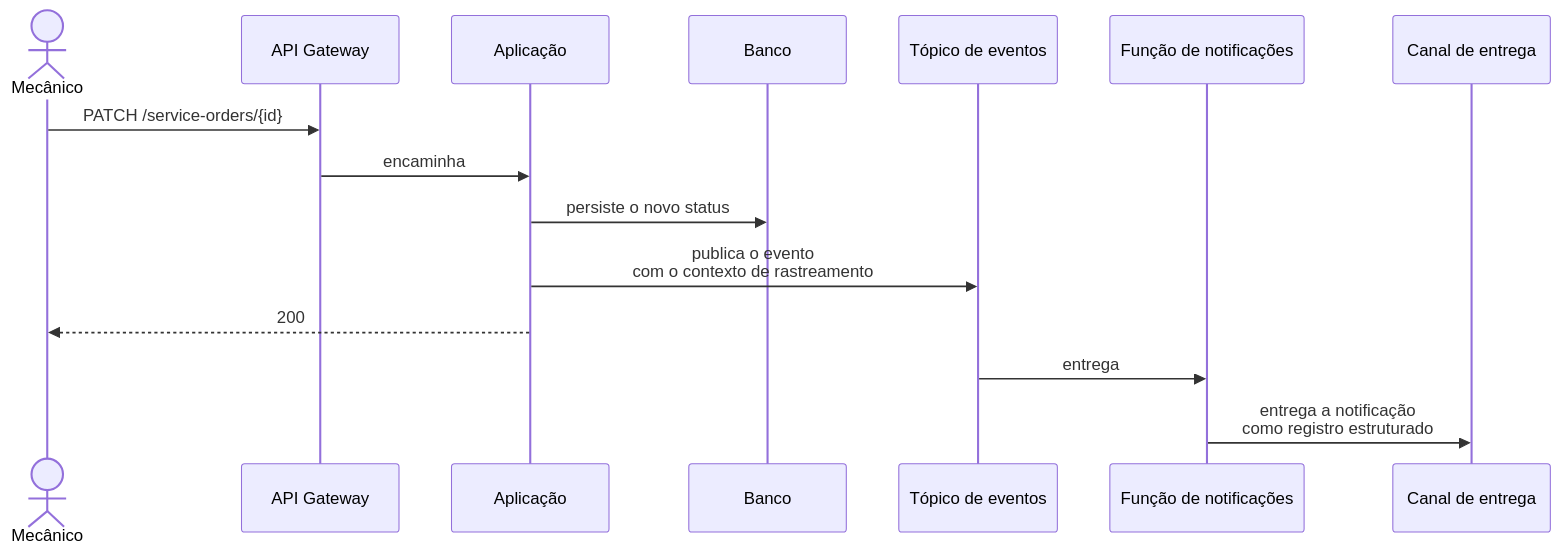
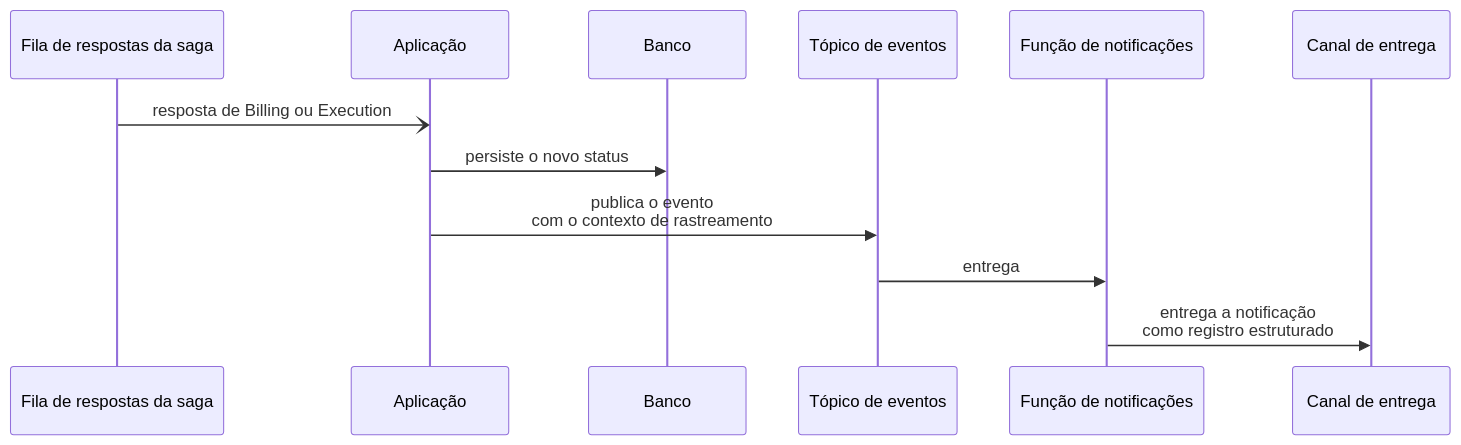
The second of 2 diagrams in docs/architecture/sequence-service-order.md (diandria/fiap-tech-challenge), drawn with Mermaid before and after one commit. The commit also changed other lines of this file and 1 other file, not shown here.

Commit message:
docs: describe status changes driven by the saga

````diff
--- a/docs/architecture/sequence-service-order.md
+++ b/docs/architecture/sequence-service-order.md
@@ -32,18 +36,15 @@
 ```mermaid
 sequenceDiagram
-    actor M as Mecânico
-    participant G as API Gateway
+    participant Q as Fila de respostas da saga
     participant A as Aplicação
     participant D as Banco
     participant T as Tópico de eventos
     participant N as Função de notificações
     participant E as Canal de entrega
 
-    M->>G: PATCH /service-orders/{id}
-    G->>A: encaminha
+    Q-)A: resposta de Billing ou Execution
     A->>D: persiste o novo status
     A->>T: publica o evento<br/>com o contexto de rastreamento
-    A-->>M: 200
     T->>N: entrega
     N->>E: entrega a notificação<br/>como registro estruturado
 ```
````
